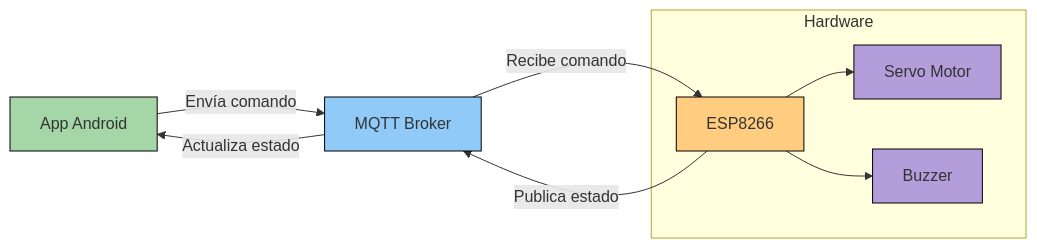
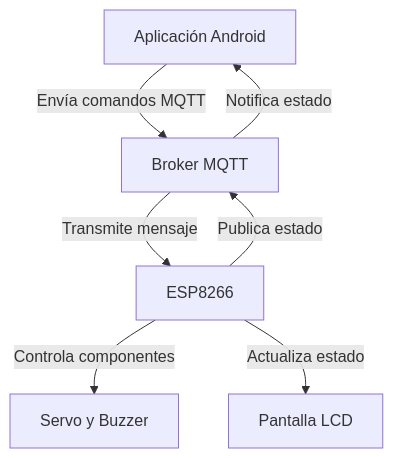
One commit to Sodi0/CajaDeSeguridad changed the diagram in README.md. Above: the diagram before and after it, drawn with Mermaid. The commit also changed other lines of this file and 51 other files, not shown here.

````diff
--- a/README.md
+++ b/README.md
@@ -52,30 +72,9 @@
 ```mermaid
-flowchart LR
-    %% Nodos principales
-    App[App Android] 
-    MQTT[MQTT Broker]
-    ESP[ESP8266]
-    
-    %% Componentes del ESP8266
-    subgraph Hardware
-        ESP --> Servo[Servo Motor]
-        ESP --> Buzzer[Buzzer]
-    end
-    
-    %% Flujo de comunicación
-    App -->|Envía comando| MQTT
-    MQTT -->|Recibe comando| ESP
-    ESP -->|Publica estado| MQTT
-    MQTT -->|Actualiza estado| App
-
-    %% Estilos
-    classDef android fill:#a5d6a7,stroke:#000;
-    classDef broker fill:#90caf9,stroke:#000;
-    classDef esp fill:#ffcc80,stroke:#000;
-    classDef components fill:#b39ddb,stroke:#000;
-    
-    class App android;
-    class MQTT broker;
-    class ESP esp;
-    class Servo,Buzzer components;
+flowchart TD
+    A[Aplicación Android] -->|Envía comandos MQTT| B[Broker MQTT]
+    B -->|Transmite mensaje| C[ESP8266]
+    C -->|Controla componentes| D[Servo y Buzzer]
+    C -->|Actualiza estado| E[Pantalla LCD]
+    C -->|Publica estado| B
+    B -->|Notifica estado| A
 ```
````
